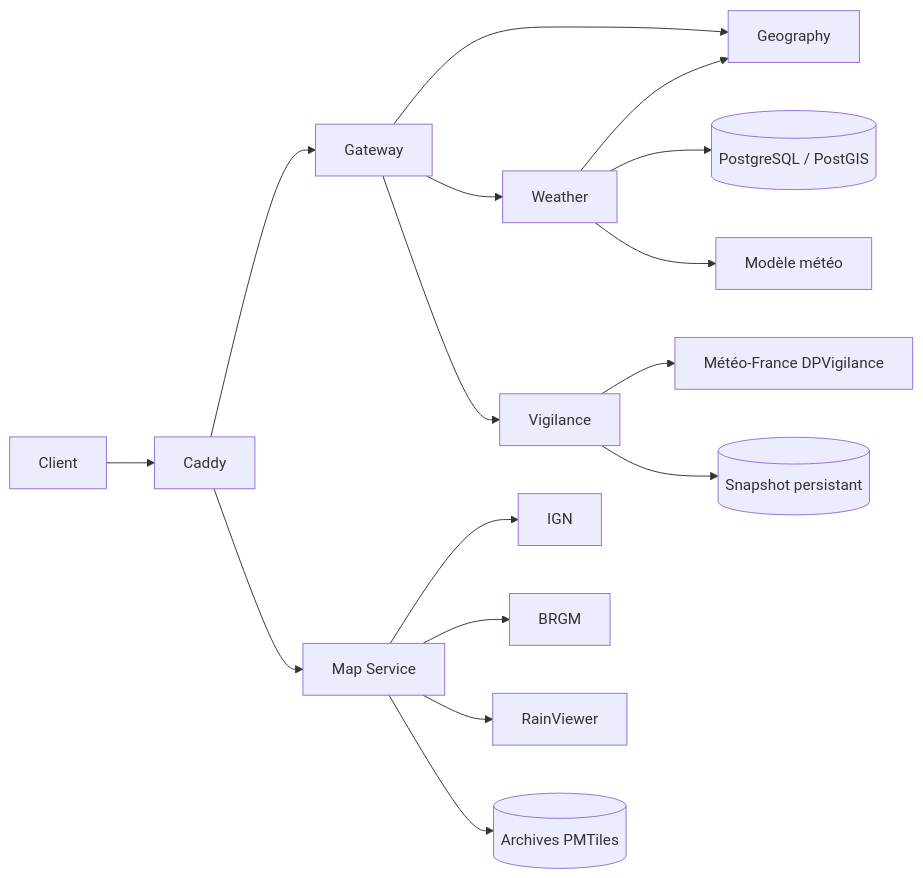
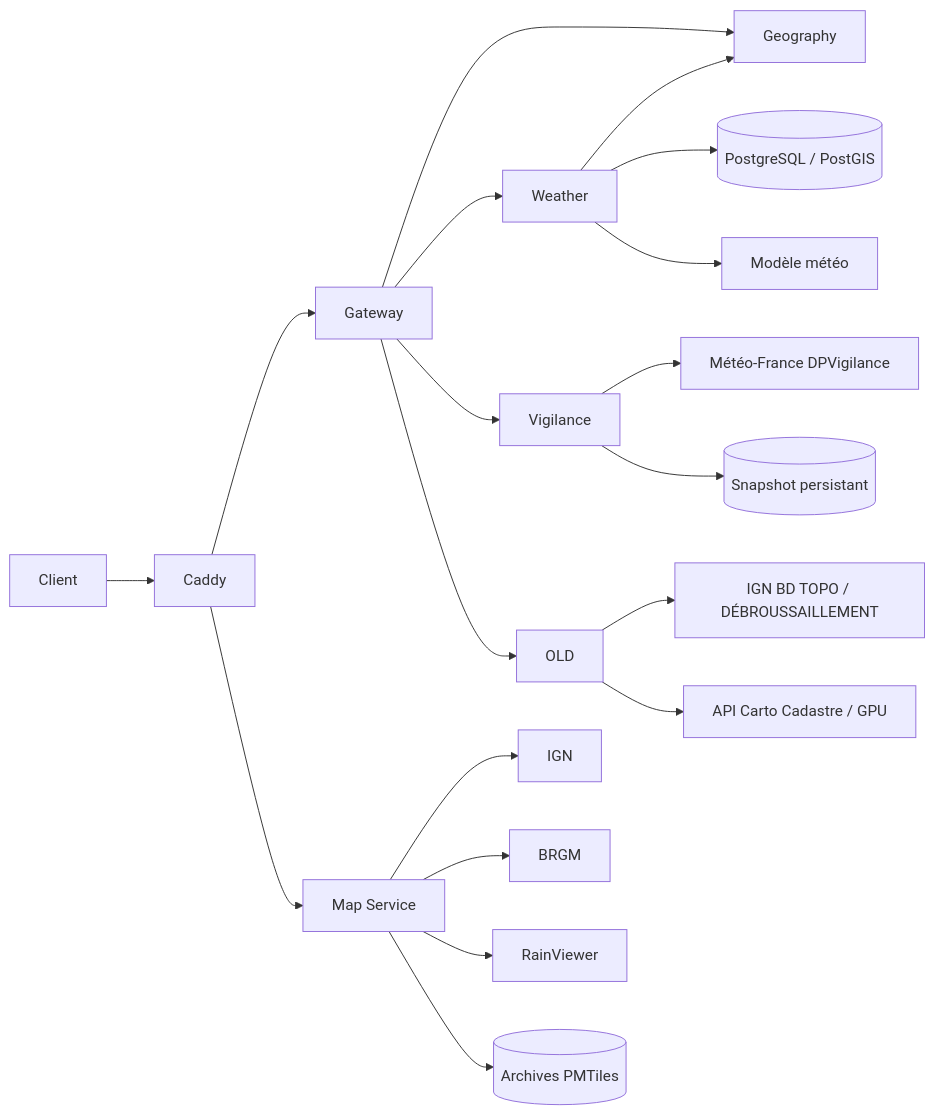
The diagram in doc/microservice/README.md (acastanet/opendataval), drawn with Mermaid before and after one commit. The commit also changed other lines of this file and 29 other files, not shown here.

First line of the commit message:
feat(old): ajoute le service des obligations légales de débroussaillement

````diff
--- a/doc/microservice/README.md
+++ b/doc/microservice/README.md
@@ -20,18 +21,21 @@
 ```mermaid
 flowchart LR
   Client --> Caddy
   Caddy --> Gateway
   Caddy --> Map[Map Service]
   Gateway --> Geography
   Gateway --> Weather
   Gateway --> Vigilance
+  Gateway --> OLD
   Weather --> Geography
   Weather --> PostgreSQL[(PostgreSQL / PostGIS)]
   Weather --> Modele[Modèle météo]
   Vigilance --> MF[Météo-France DPVigilance]
   Vigilance --> Snapshot[(Snapshot persistant)]
+  OLD --> IGNOLD[IGN BD TOPO / DÉBROUSSAILLEMENT]
+  OLD --> APICarto[API Carto Cadastre / GPU]
   Map --> IGN[IGN]
   Map --> BRGM[BRGM]
   Map --> Radar[RainViewer]
   Map --> Relief[(Archives PMTiles)]
 ```
````
